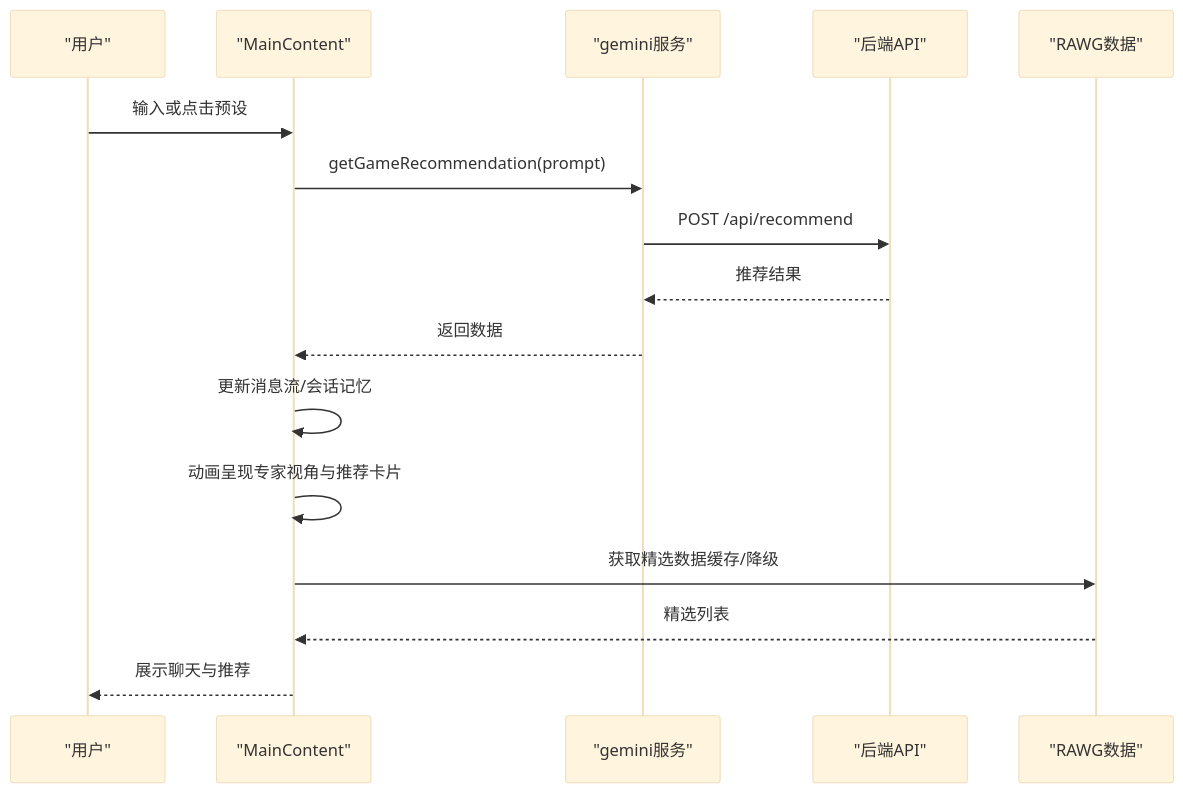
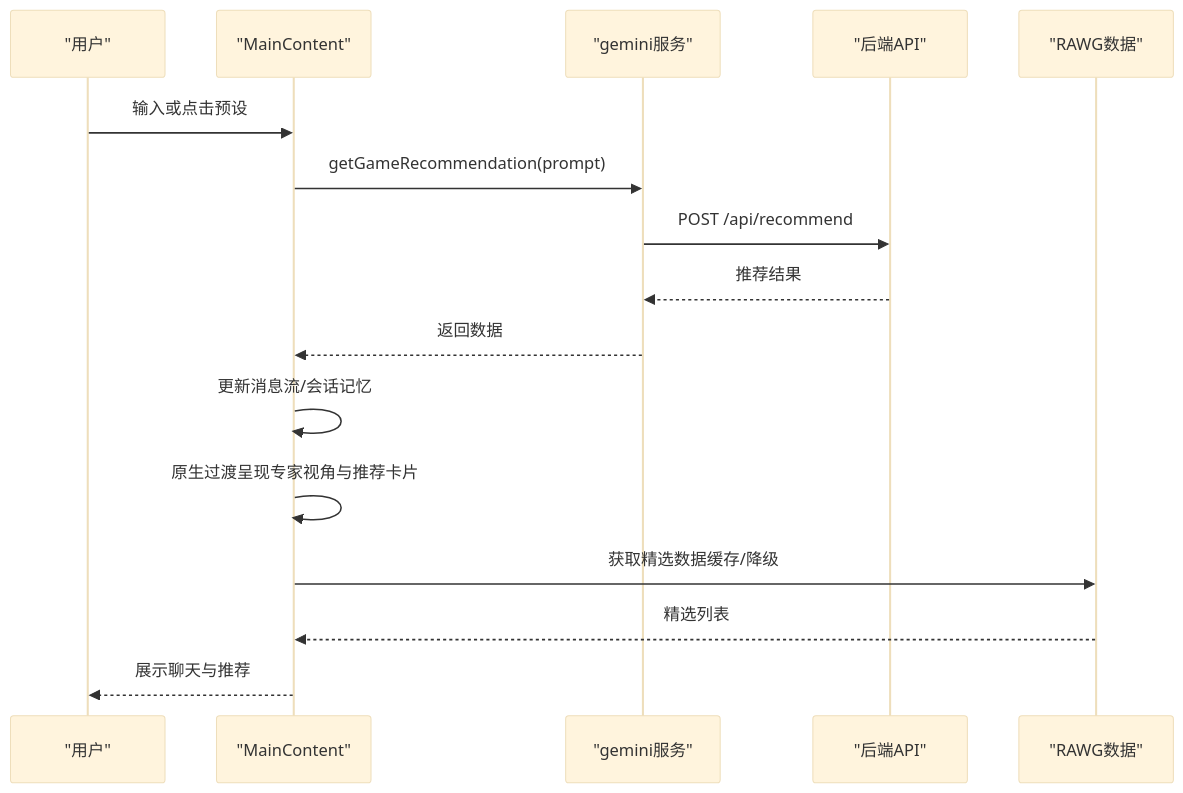
Before and after one commit to Jason-6300/JoyMate: the fourth of 7 diagrams in .qoder/repowiki/zh/content/架构设计/前端架构设计.md, drawn with Mermaid (base theme). The commit also changed other lines of this file and 7 other files, not shown here.

````diff
--- a/.qoder/repowiki/zh/content/架构设计/前端架构设计.md
+++ b/.qoder/repowiki/zh/content/架构设计/前端架构设计.md
@@ -235,18 +266,18 @@
 ```mermaid
 sequenceDiagram
 participant U as "用户"
 participant MC as "MainContent"
 participant S as "gemini服务"
 participant API as "后端API"
 participant RAWG as "RAWG数据"
 U->>MC : 输入或点击预设
 MC->>S : getGameRecommendation(prompt)
 S->>API : POST /api/recommend
 API-->>S : 推荐结果
 S-->>MC : 返回数据
 MC->>MC : 更新消息流/会话记忆
-MC->>MC : 动画呈现专家视角与推荐卡片
+MC->>MC : 原生过渡呈现专家视角与推荐卡片
 MC->>RAWG : 获取精选数据缓存/降级
 RAWG-->>MC : 精选列表
 MC-->>U : 展示聊天与推荐
 ```
````
